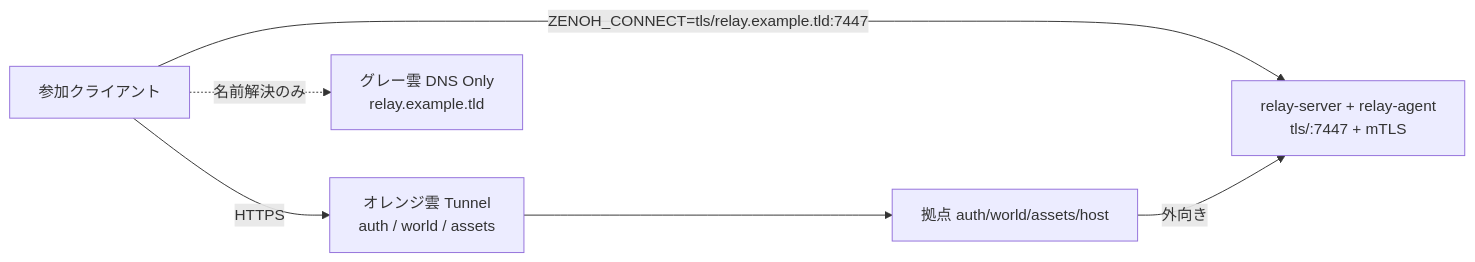
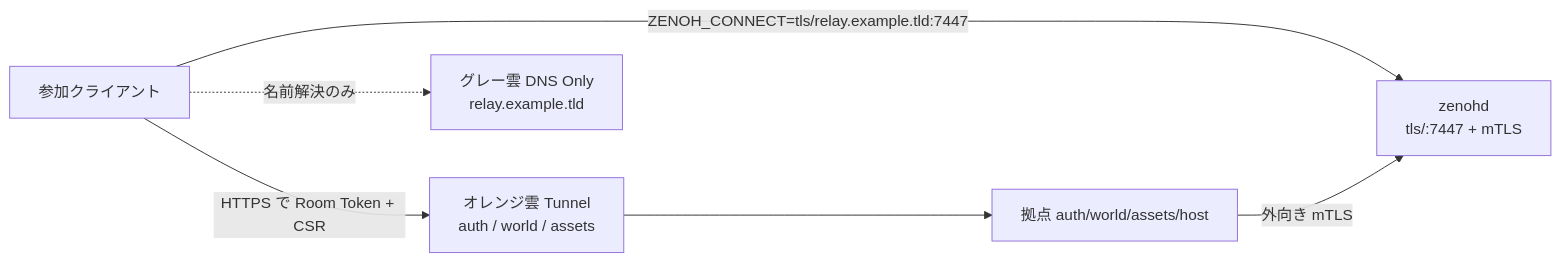
Before and after one commit to FRICK-ELDY/alchemy: the diagram in .workspace/0_doc/manual/relay-server-dns.md, drawn with Mermaid. The commit also changed other lines of this file and 5 other files, not shown here.

````diff
--- a/.workspace/0_doc/manual/relay-server-dns.md
+++ b/.workspace/0_doc/manual/relay-server-dns.md
@@ -12,13 +14,13 @@
 ```mermaid
 flowchart LR
     User[参加クライアント]
     CFProxy["オレンジ雲 Tunnel<br/>auth / world / assets"]
     CFDNS["グレー雲 DNS Only<br/>relay.example.tld"]
-    Relay["relay-server + relay-agent<br/>tls/:7447 + mTLS"]
+    Relay["zenohd<br/>tls/:7447 + mTLS"]
     Home[拠点 auth/world/assets/host]
 
-    User -->|HTTPS| CFProxy --> Home
+    User -->|HTTPS で Room Token + CSR| CFProxy --> Home
     User -.->|名前解決のみ| CFDNS
     User -->|"ZENOH_CONNECT=tls/relay.example.tld:7447"| Relay
-    Home -->|外向き| Relay
+    Home -->|外向き mTLS| Relay
 ```
````
